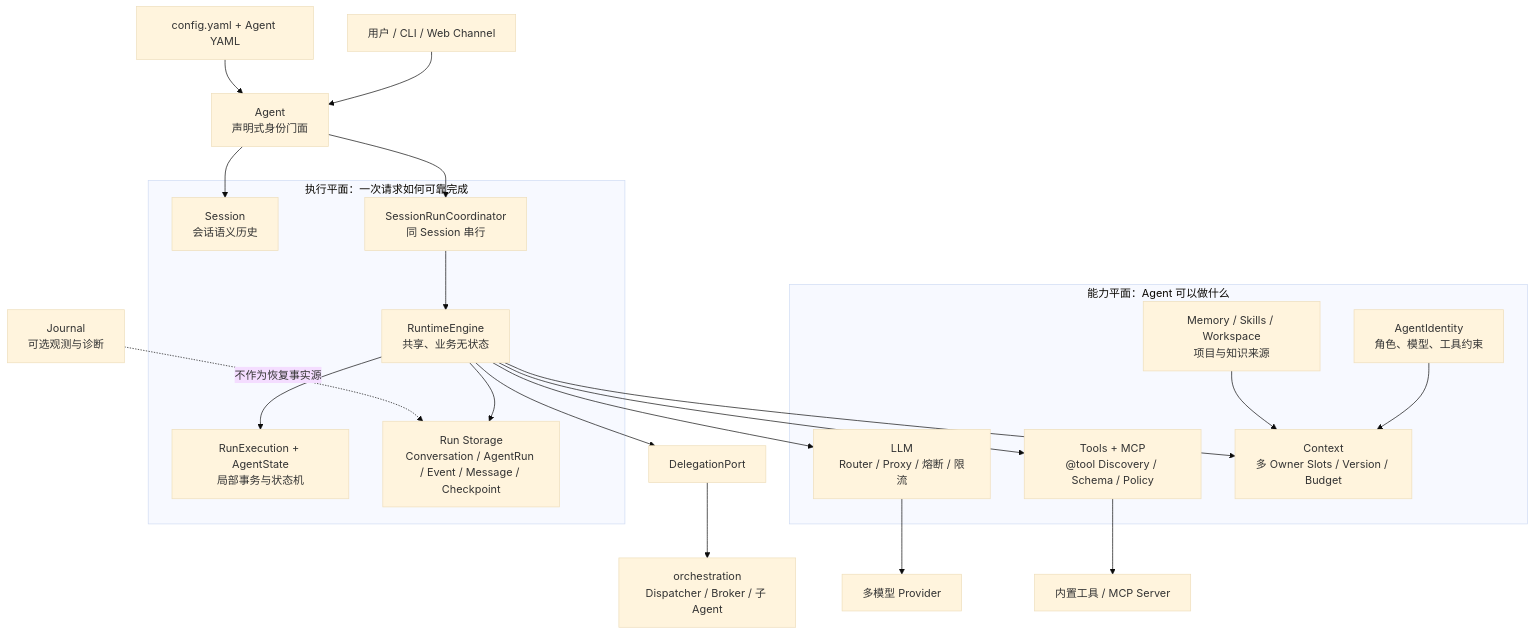
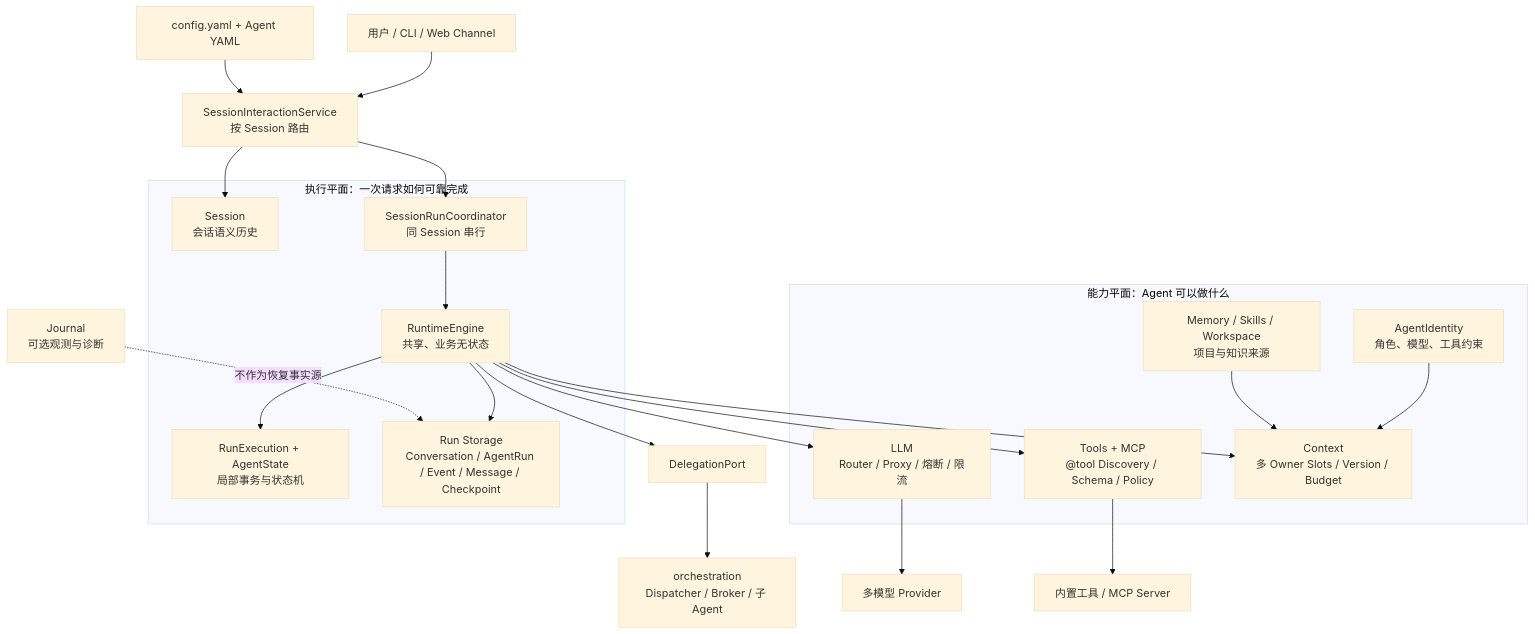
One commit to aandbcct/dotClaw changed the first of 7 diagrams in README.md. Above: the diagram before and after it, drawn with Mermaid (base theme). The commit also changed other lines of this file and 12 other files, not shown here.

````diff
--- a/README.md
+++ b/README.md
@@ -28,36 +28,36 @@
 ```mermaid
 flowchart TB
-    User["用户 / CLI / Web Channel"] --> Agent["Agent\n声明式身份门面"]
-    Config["config.yaml + Agent YAML"] --> Agent
+    User["用户 / CLI / Web Channel"] --> Entry["SessionInteractionService\n按 Session 路由"]
+    Config["config.yaml + Agent YAML"] --> Entry
 
     subgraph Capability["能力平面：Agent 可以做什么"]
         Identity["AgentIdentity\n角色、模型、工具约束"]
         Router["LLM\nRouter / Proxy / 熔断 / 限流"]
         Tools["Tools + MCP\n@tool Discovery / Schema / Policy"]
         Context["Context\n多 Owner Slots / Version / Budget"]
         Knowledge["Memory / Skills / Workspace\n项目与知识来源"]
         Identity --> Context
         Knowledge --> Context
     end
 
     subgraph Execution["执行平面：一次请求如何可靠完成"]
         Session["Session\n会话语义历史"]
         Coordinator["SessionRunCoordinator\n同 Session 串行"]
         Engine["RuntimeEngine\n共享、业务无状态"]
         Run["RunExecution + AgentState\n局部事务与状态机"]
         Facts["Run Storage\nConversation / AgentRun / Event / Message / Checkpoint"]
         Coordinator --> Engine --> Run
         Engine --> Facts
     end
 
-    Agent --> Session
-    Agent --> Coordinator
+    Entry --> Session
+    Entry --> Coordinator
     Engine --> Context
     Engine --> Router
     Engine --> Tools
     Engine --> Delegation["DelegationPort"]
     Delegation --> Orchestration["orchestration\nDispatcher / Broker / 子 Agent"]
     Router --> Provider["多模型 Provider"]
     Tools --> External["内置工具 / MCP Server"]
     Journal["Journal\n可选观测与诊断"] -. "不作为恢复事实源" .-> Facts
 ```
````
